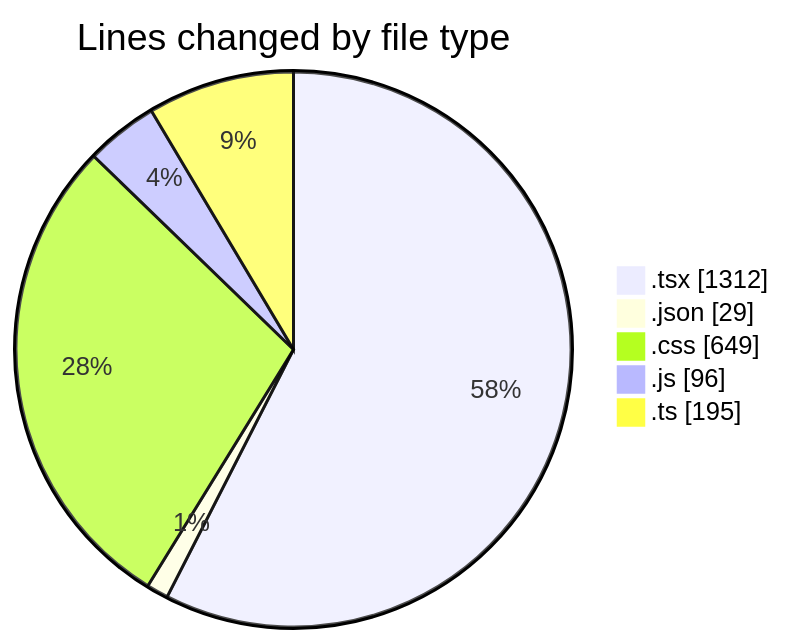
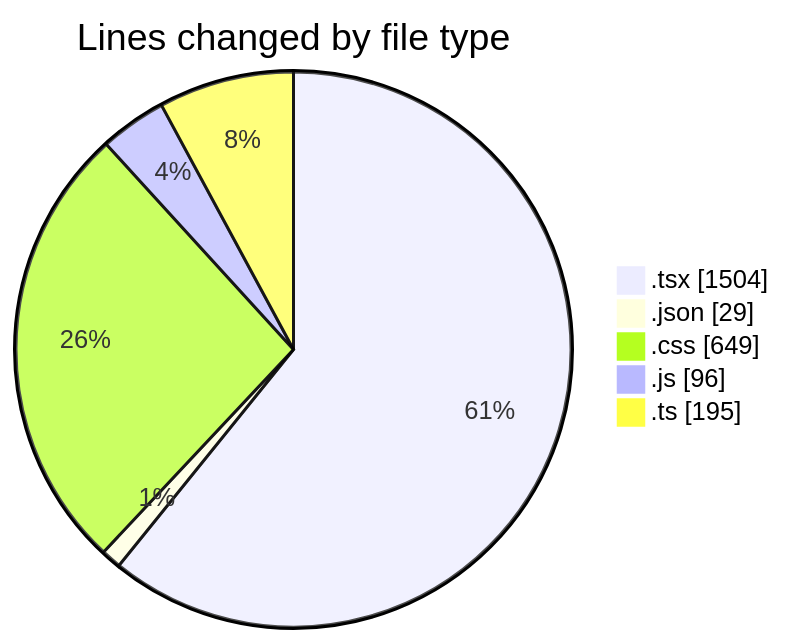
Before and after one commit to Elitesun/code-tracking: the first of 2 diagrams in 2025-05-15/laala_boost/README.md, drawn with Mermaid. The commit also changed other lines of this file and 1 other file, not shown here.

````diff
--- a/2025-05-15/laala_boost/README.md
+++ b/2025-05-15/laala_boost/README.md
@@ -31,9 +31,9 @@
 ```mermaid
 pie showData
 title Lines changed by file type
-".tsx" : 1312
+".tsx" : 1504
 ".json" : 29
 ".css" : 649
 ".js" : 96
 ".ts" : 195
 ```
````
